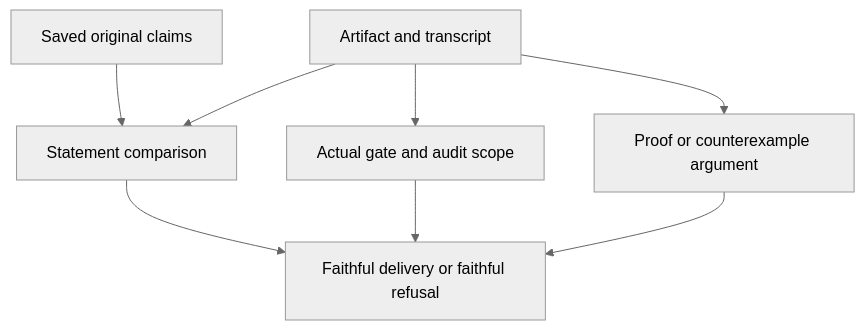
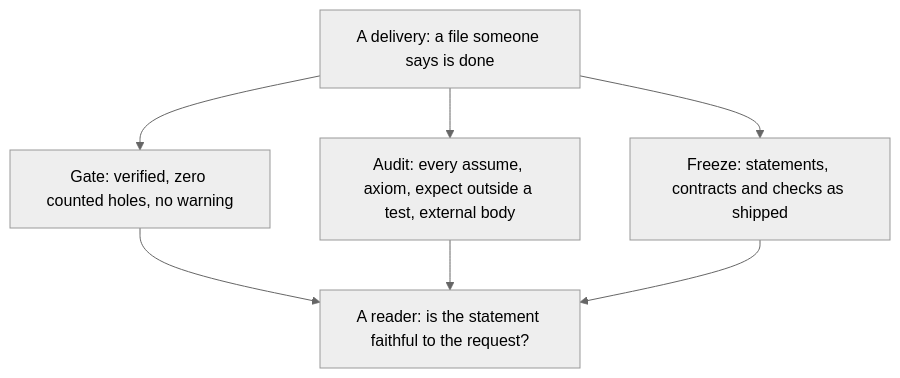
One commit to leobwang/dafny-verus-learn-0 changed the third of 3 diagrams in docs/R04_Specs.md. Above: the diagram before and after it, drawn with Mermaid (neutral theme). The commit also changed other lines of this file and 63 other files, not shown here.

````diff
--- a/docs/R04_Specs.md
+++ b/docs/R04_Specs.md
@@ -726,10 +1037,9 @@
 ```mermaid
-flowchart TB
-  S["Saved original claims"] --> D["Statement comparison"]
-  A["Artifact and transcript"] --> D
-  A --> G["Actual gate and audit scope"]
-  A --> C["Proof or counterexample argument"]
-  D --> R["Faithful delivery or faithful refusal"]
-  G --> R
-  C --> R
+flowchart TD
+  D["A delivery: a file someone says is done"] --> G["Gate: verified, zero counted holes, no warning"]
+  D --> A["Audit: every assume, axiom, expect outside a test, external body"]
+  D --> F["Freeze: statements, contracts and checks as shipped"]
+  G --> R["A reader: is the statement faithful to the request?"]
+  A --> R
+  F --> R
 ```
````
